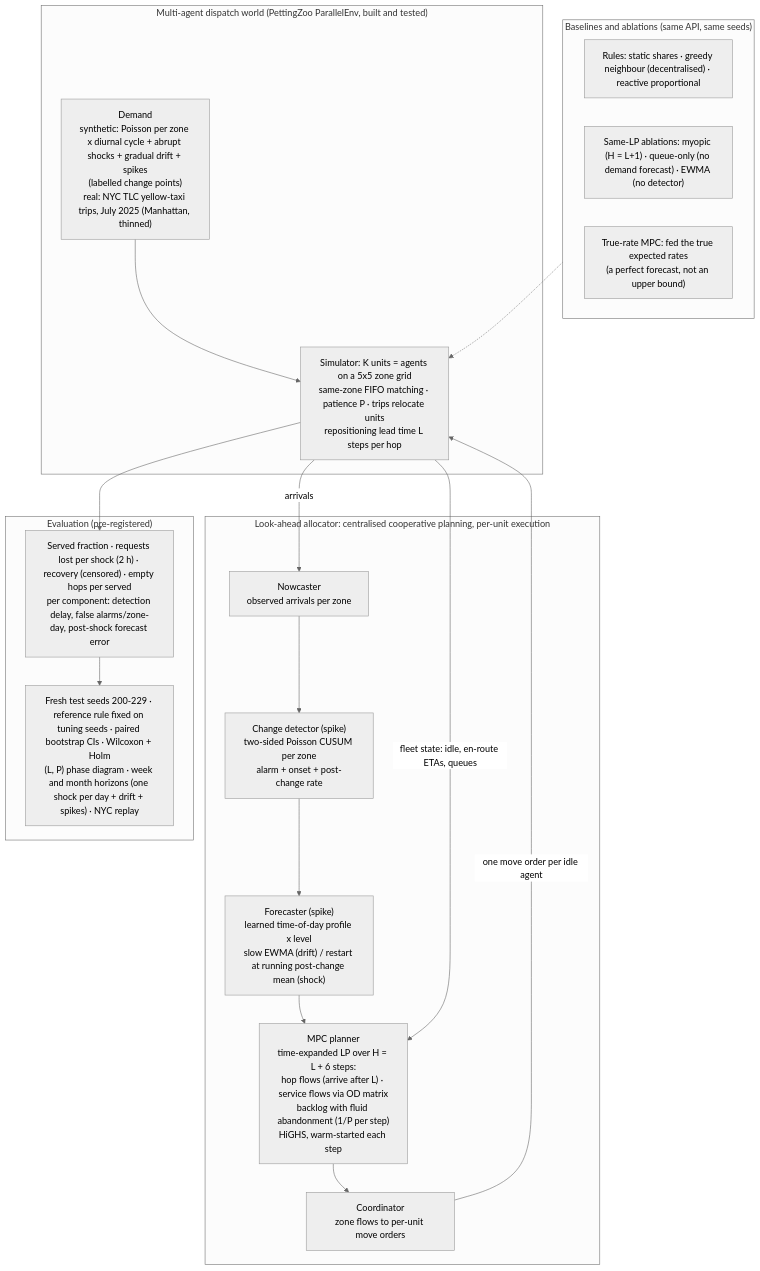
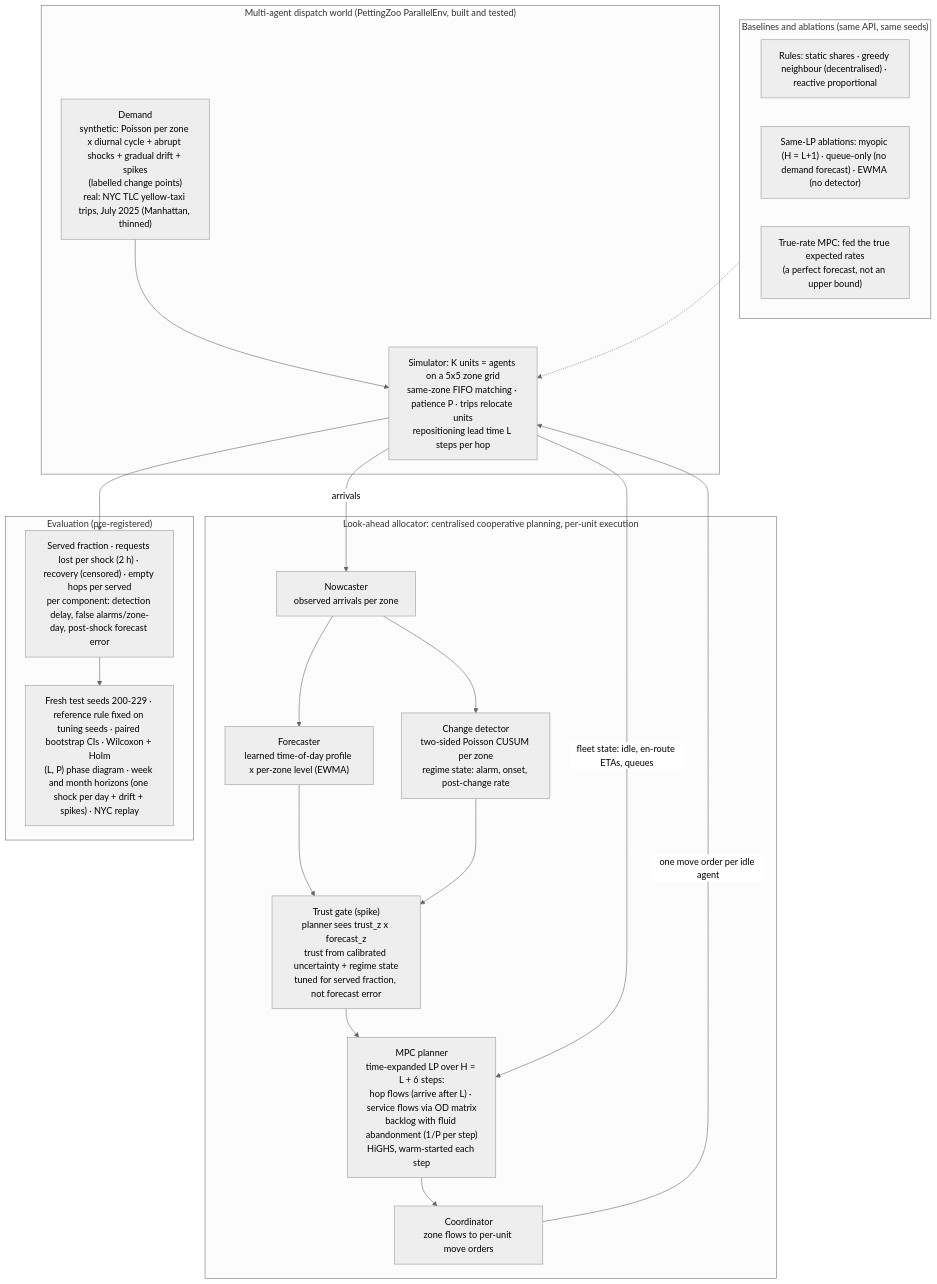
The diagram in perceptron-p07-multi-agent-allocation/deliverables/architecture.md (imdigitalashish/techfest-2026), drawn with Mermaid (neutral theme) before and after one commit. The commit also changed other lines of this file, not shown here.

Commit message:
perceptron-p07-multi-agent-allocation: architecture diagram final — trust gate spike (decision-aware forecast trust), consistent with final abstract

````diff
--- a/perceptron-p07-multi-agent-allocation/deliverables/architecture.md
+++ b/perceptron-p07-multi-agent-allocation/deliverables/architecture.md
@@ -3,34 +3,36 @@
 ```mermaid
 flowchart TB
   subgraph WORLD["Multi-agent dispatch world (PettingZoo ParallelEnv, built and tested)"]
     D["Demand<br/>synthetic: Poisson per zone x diurnal cycle + abrupt shocks + gradual drift + spikes<br/>(labelled change points)<br/>real: NYC TLC yellow-taxi trips, July 2025 (Manhattan, thinned)"]
     S["Simulator: K units = agents on a 5x5 zone grid<br/>same-zone FIFO matching · patience P · trips relocate units<br/>repositioning lead time L steps per hop"]
     D --> S
   end
 
   subgraph AGENT["Look-ahead allocator: centralised cooperative planning, per-unit execution"]
     N["Nowcaster<br/>observed arrivals per zone"]
-    CD["Change detector (spike)<br/>two-sided Poisson CUSUM per zone<br/>alarm + onset + post-change rate"]
-    F["Forecaster (spike)<br/>learned time-of-day profile x level<br/>slow EWMA (drift) / restart at running post-change mean (shock)"]
+    CD["Change detector<br/>two-sided Poisson CUSUM per zone<br/>regime state: alarm, onset, post-change rate"]
+    F["Forecaster<br/>learned time-of-day profile x per-zone level (EWMA)"]
+    TG["Trust gate (spike)<br/>planner sees trust_z x forecast_z<br/>trust from calibrated uncertainty + regime state<br/>tuned for served fraction, not forecast error"]
     P["MPC planner<br/>time-expanded LP over H = L + 6 steps:<br/>hop flows (arrive after L) · service flows via OD matrix<br/>backlog with fluid abandonment (1/P per step)<br/>HiGHS, warm-started each step"]
     C["Coordinator<br/>zone flows to per-unit move orders"]
-    N --> CD --> F --> P --> C
+    N --> F --> TG --> P --> C
+    N --> CD --> TG
   end
 
   S -- "fleet state: idle, en-route ETAs, queues" --> P
   S -- "arrivals" --> N
   C -- "one move order per idle agent" --> S
 
   subgraph BASE["Baselines and ablations (same API, same seeds)"]
     R["Rules: static shares · greedy neighbour (decentralised) · reactive proportional"]
     AB["Same-LP ablations: myopic (H = L+1) · queue-only (no demand forecast) · EWMA (no detector)"]
     O["True-rate MPC: fed the true expected rates<br/>(a perfect forecast, not an upper bound)"]
   end
   BASE -.-> S
 
   subgraph EVAL["Evaluation (pre-registered)"]
     M["Served fraction · requests lost per shock (2 h) · recovery (censored) · empty hops per served<br/>per component: detection delay, false alarms/zone-day, post-shock forecast error"]
     ST["Fresh test seeds 200-229 · reference rule fixed on tuning seeds · paired bootstrap CIs · Wilcoxon + Holm<br/>(L, P) phase diagram · week and month horizons (one shock per day + drift + spikes) · NYC replay"]
   end
   S --> M --> ST
 ```
````
